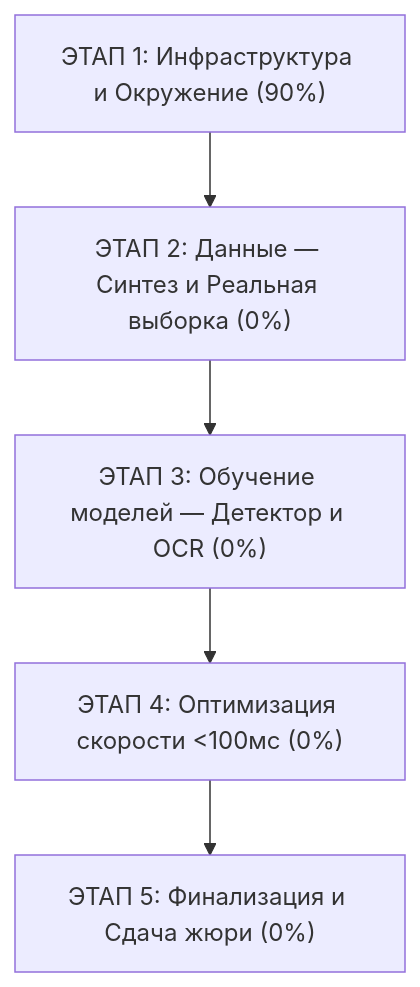
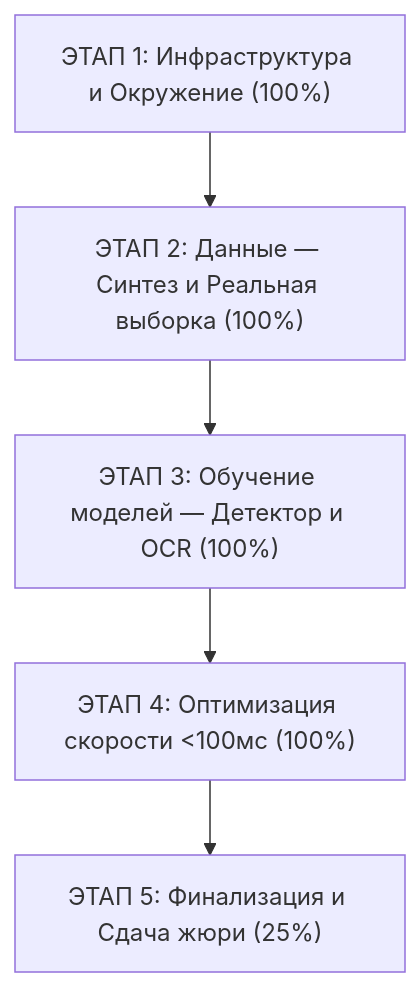
Before and after one commit to Vamsilver/OmniPlate-RU: the diagram in MASTER_PLAN.md, drawn with Mermaid. The commit also changed other lines of this file and 10 other files, not shown here.

````diff
--- a/MASTER_PLAN.md
+++ b/MASTER_PLAN.md
@@ -9,7 +9,7 @@
 ```mermaid
 flowchart TD
-    S1["ЭТАП 1: Инфраструктура и Окружение (90%)"] --> S2["ЭТАП 2: Данные — Синтез и Реальная выборка (0%)"]
-    S2 --> S3["ЭТАП 3: Обучение моделей — Детектор и OCR (0%)"]
-    S3 --> S4["ЭТАП 4: Оптимизация скорости <100мс (0%)"]
-    S4 --> S5["ЭТАП 5: Финализация и Сдача жюри (0%)"]
+    S1["ЭТАП 1: Инфраструктура и Окружение (100%)"] --> S2["ЭТАП 2: Данные — Синтез и Реальная выборка (100%)"]
+    S2 --> S3["ЭТАП 3: Обучение моделей — Детектор и OCR (100%)"]
+    S3 --> S4["ЭТАП 4: Оптимизация скорости <100мс (100%)"]
+    S4 --> S5["ЭТАП 5: Финализация и Сдача жюри (25%)"]
 ```
````
